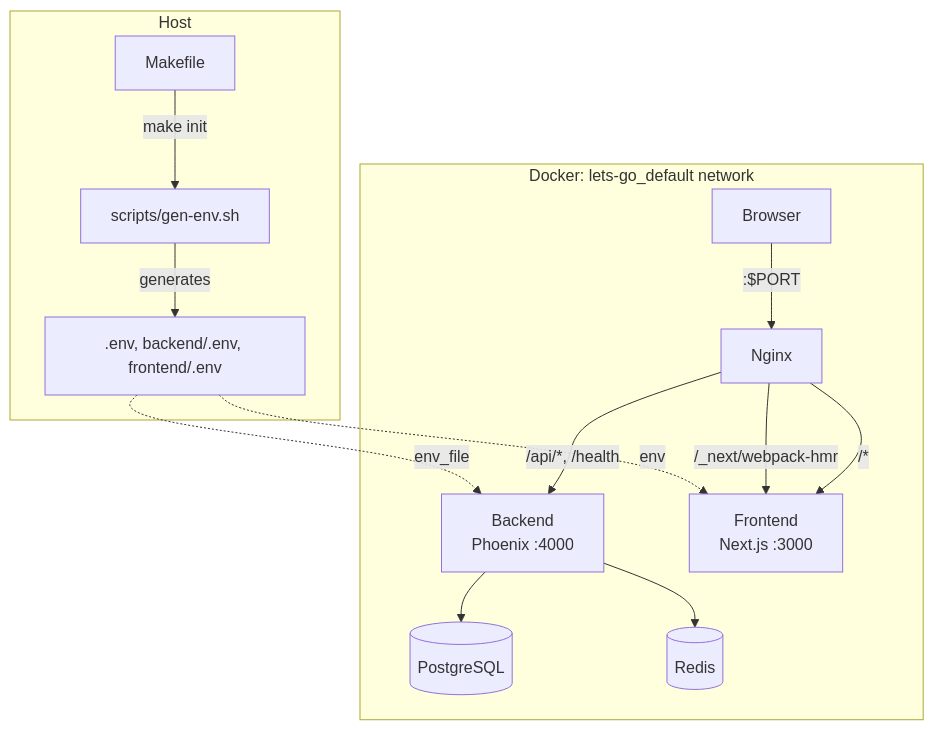
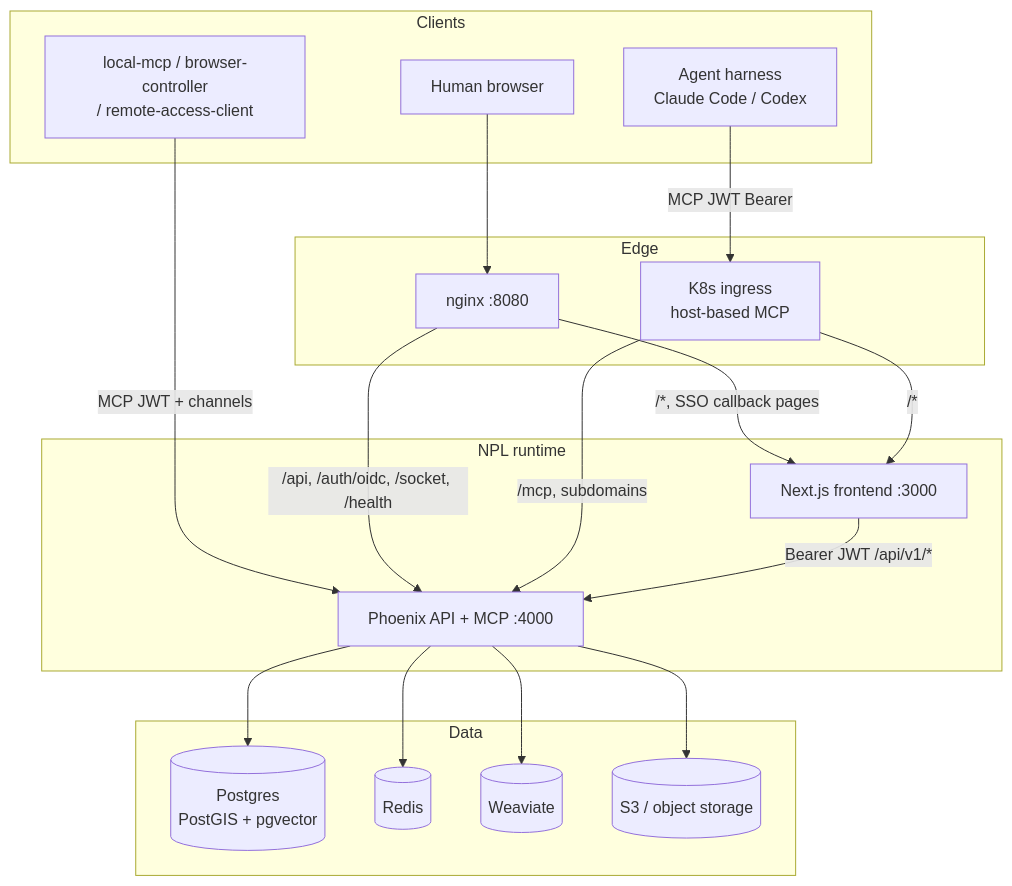
The first of 4 diagrams in docs/PROJ-ARCH.md (noizu-labs-ml/NoizuPromptLingo), drawn with Mermaid before and after one commit. The commit also changed other lines of this file and 7 other files, not shown here.

First line of the commit message:
feat(oauth): Liquibase OAuth AS schema and Ecto models

````diff
--- a/docs/PROJ-ARCH.md
+++ b/docs/PROJ-ARCH.md
@@ -7,21 +22,38 @@
 ```mermaid
 graph TB
-    subgraph "Host"
-        Make[Makefile] -->|make init| GenEnv[scripts/gen-env.sh]
-        GenEnv -->|generates| EnvFiles[".env, backend/.env, frontend/.env"]
-    end
+  subgraph Clients
+    Browser[Human browser]
+    Harness[Agent harness<br/>Claude Code / Codex]
+    LocalTools[local-mcp / browser-controller<br/>/ remote-access-client]
+  end
 
-    subgraph "Docker: lets-go_default network"
-        Client[Browser] -->|":$PORT"| Nginx
+  subgraph Edge
+    Nginx[nginx :8080]
+    Ingress[K8s ingress<br/>host-based MCP]
+  end
 
-        Nginx -->|"/api/*, /health"| Backend["Backend<br/>Phoenix :4000"]
-        Nginx -->|"/*"| Frontend["Frontend<br/>Next.js :3000"]
-        Nginx -->|"/_next/webpack-hmr"| Frontend
+  subgraph "NPL runtime"
+    FE[Next.js frontend :3000]
+    BE[Phoenix API + MCP :4000]
+  end
 
-        Backend --> PG[(PostgreSQL)]
-        Backend --> Redis[(Redis)]
-    end
+  subgraph Data
+    PG[(Postgres<br/>PostGIS + pgvector)]
+    Redis[(Redis)]
+    WV[(Weaviate)]
+    S3[(S3 / object storage)]
+  end
 
-    EnvFiles -.->|env_file| Backend
-    EnvFiles -.->|env| Frontend
+  Browser --> Nginx
+  Harness -->|MCP JWT Bearer| Ingress
+  LocalTools -->|MCP JWT + channels| BE
+  Nginx -->|"/api, /auth/oidc, /socket, /health"| BE
+  Nginx -->|"/*, SSO callback pages"| FE
+  Ingress -->|/mcp, subdomains| BE
+  Ingress -->|/*| FE
+  BE --> PG
+  BE --> Redis
+  BE --> WV
+  BE --> S3
+  FE -->|Bearer JWT /api/v1/*| BE
 ```
````
